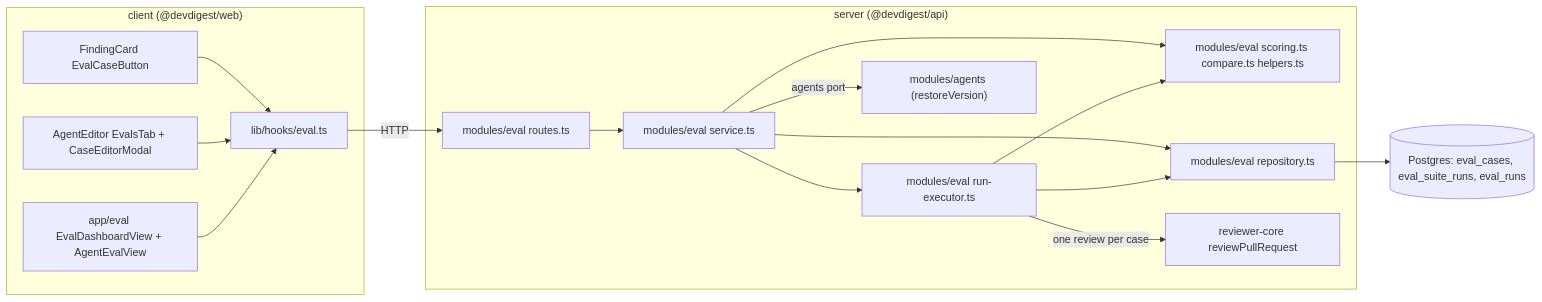
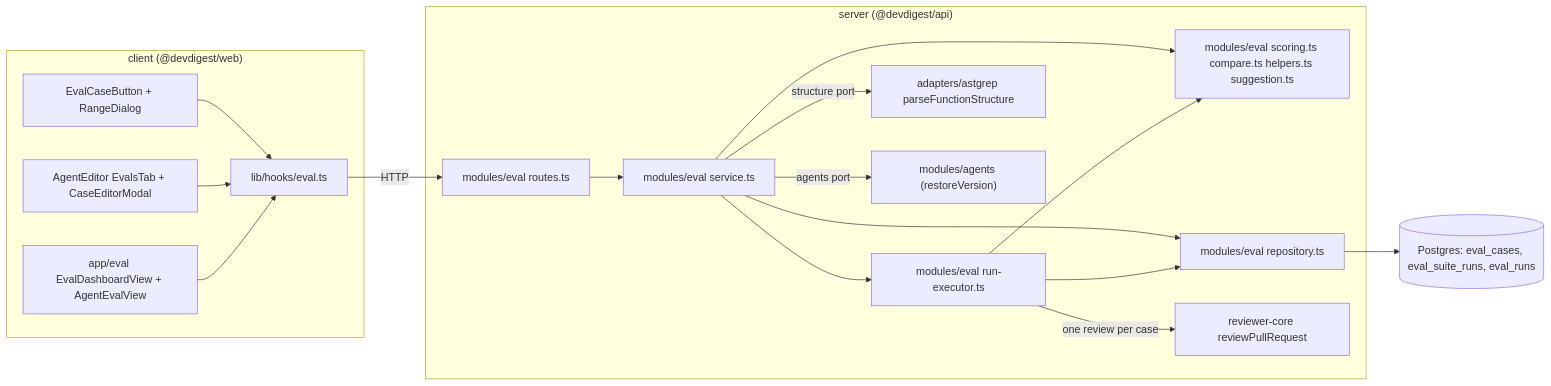
Before and after one commit to BalakaMd/dev-digest: the first of 6 diagrams in docs/eval-pipeline.md, drawn with Mermaid. The commit also changed other lines of this file and 37 other files, not shown here.

Commit message:
feat: add line range selection and suggestion dialog for eval case creation

````diff
--- a/docs/eval-pipeline.md
+++ b/docs/eval-pipeline.md
@@ -37,33 +41,35 @@
 ```mermaid
 flowchart LR
   subgraph client["client (@devdigest/web)"]
-    Button["FindingCard EvalCaseButton"]
+    Button["EvalCaseButton + RangeDialog"]
     Tab["AgentEditor EvalsTab + CaseEditorModal"]
     Dash["app/eval EvalDashboardView + AgentEvalView"]
     Hooks["lib/hooks/eval.ts"]
   end
   subgraph server["server (@devdigest/api)"]
     Routes["modules/eval routes.ts"]
     Service["modules/eval service.ts"]
     Executor["modules/eval run-executor.ts"]
-    Pure["modules/eval scoring.ts compare.ts helpers.ts"]
+    Pure["modules/eval scoring.ts compare.ts helpers.ts suggestion.ts"]
     Repo["modules/eval repository.ts"]
+    Astgrep["adapters/astgrep parseFunctionStructure"]
     Agents["modules/agents (restoreVersion)"]
     Engine["reviewer-core reviewPullRequest"]
   end
   DB[("Postgres: eval_cases, eval_suite_runs, eval_runs")]
 
   Button --> Hooks
   Tab --> Hooks
   Dash --> Hooks
   Hooks -->|"HTTP"| Routes
   Routes --> Service
   Service --> Pure
+  Service -->|"structure port"| Astgrep
   Service --> Repo
   Service --> Executor
   Executor --> Pure
   Executor --> Repo
   Executor -->|"one review per case"| Engine
   Service -->|"agents port"| Agents
   Repo --> DB
 ```
````
